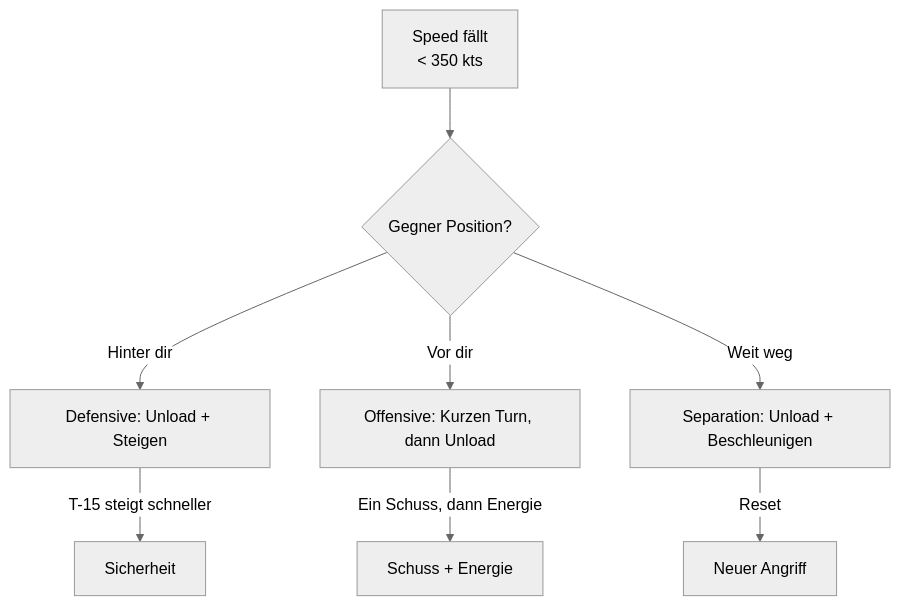
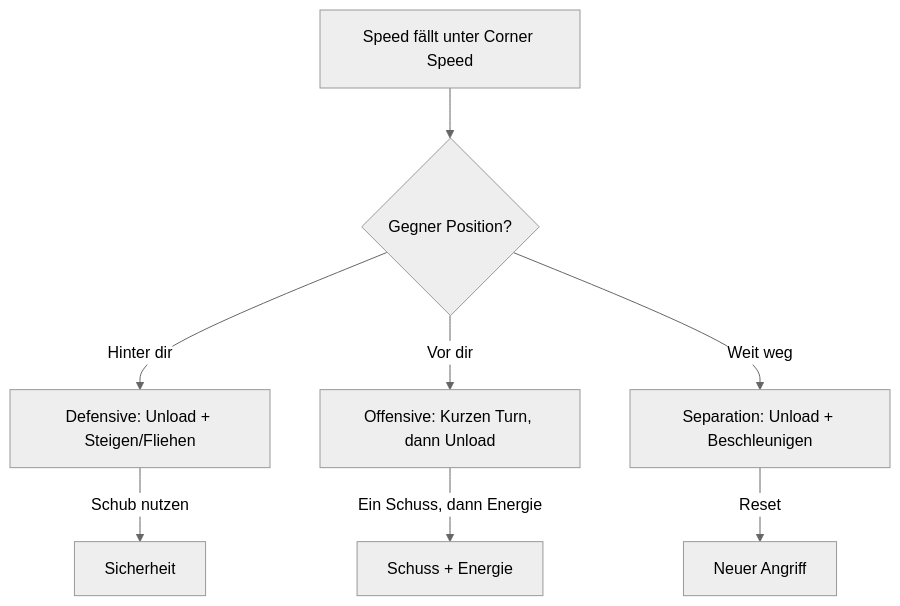
One commit to lukaio3D/VFM_Wiki changed the third of 3 diagrams in docs/grundlagen/energie-management.md. Above: the diagram before and after it, drawn with Mermaid (neutral theme). The commit also changed other lines of this file and 13 other files, not shown here.

````diff
--- a/docs/grundlagen/energie-management.md
+++ b/docs/grundlagen/energie-management.md
@@ -123,12 +139,12 @@
 ```mermaid
 flowchart TD
-    START["Speed fällt<br/>< 350 kts"] --> Q{Gegner Position?}
+    START["Speed fällt unter Corner Speed"] --> Q{Gegner Position?}
 
-    Q -->|Hinter dir| DEF[Defensive: Unload + Steigen]
+    Q -->|Hinter dir| DEF[Defensive: Unload + Steigen/Fliehen]
     Q -->|Vor dir| OFF[Offensive: Kurzen Turn, dann Unload]
     Q -->|Weit weg| SEP[Separation: Unload + Beschleunigen]
 
-    DEF --> |"T-15 steigt schneller"| SAFE[Sicherheit]
+    DEF --> |"Schub nutzen"| SAFE[Sicherheit]
     OFF --> |"Ein Schuss, dann Energie"| SHOT[Schuss + Energie]
     SEP --> |"Reset"| RESTART[Neuer Angriff]
 ```
````
